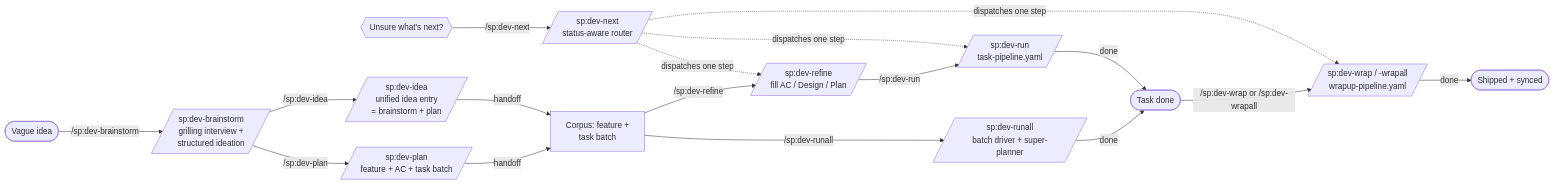
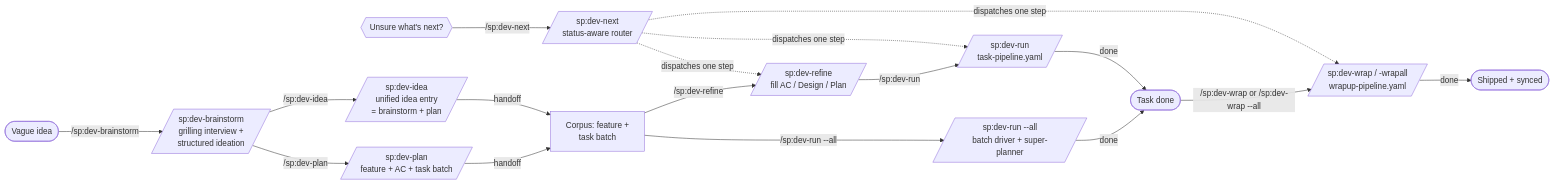
One commit to gobing-ai/spur changed the diagram in docs/help/how_to_use_dev_slash_commands_for_daily_software_development.md. Above: the diagram before and after it, drawn with Mermaid. The commit also changed other lines of this file and 84 other files, not shown here.

First line of the commit message:
feat(sp): fold batch commands into --all and merge find lenses into dev-find (1390, 1391)

````diff
--- a/docs/help/how_to_use_dev_slash_commands_for_daily_software_development.md
+++ b/docs/help/how_to_use_dev_slash_commands_for_daily_software_development.md
@@ -23,19 +23,19 @@
 ```mermaid
 flowchart LR
   Q{{Unsure what's next?}} -->|/sp:dev-next| NX[/sp:dev-next<br/>status-aware router/]
   NX -.->|dispatches one step| R
   NX -.->|dispatches one step| X
   NX -.->|dispatches one step| W
   IDEA([Vague idea]) -->|/sp:dev-brainstorm| B[/sp:dev-brainstorm<br/>grilling interview +<br/>structured ideation/]
   B -->|/sp:dev-plan| P[/sp:dev-plan<br/>feature + AC + task batch/]
   B -->|/sp:dev-idea| I[/sp:dev-idea<br/>unified idea entry<br/>= brainstorm + plan/]
   I -->|handoff| CB[Corpus: feature +<br/>task batch]
   P -->|handoff| CB
   CB -->|/sp:dev-refine| R[/sp:dev-refine<br/>fill AC / Design / Plan/]
   R -->|/sp:dev-run| X[/sp:dev-run<br/>task-pipeline.yaml/]
-  CB -->|/sp:dev-runall| XA[/sp:dev-runall<br/>batch driver + super-planner/]
+  CB -->|/sp:dev-run --all| XA[/sp:dev-run --all<br/>batch driver + super-planner/]
   X -->|done| D([Task done])
   XA -->|done| D
-  D -->|/sp:dev-wrap or /sp:dev-wrapall| W[/sp:dev-wrap / -wrapall<br/>wrapup-pipeline.yaml/]
+  D -->|/sp:dev-wrap or /sp:dev-wrap --all| W[/sp:dev-wrap / -wrapall<br/>wrapup-pipeline.yaml/]
   W -->|done| S([Shipped + synced])
 ```
````
